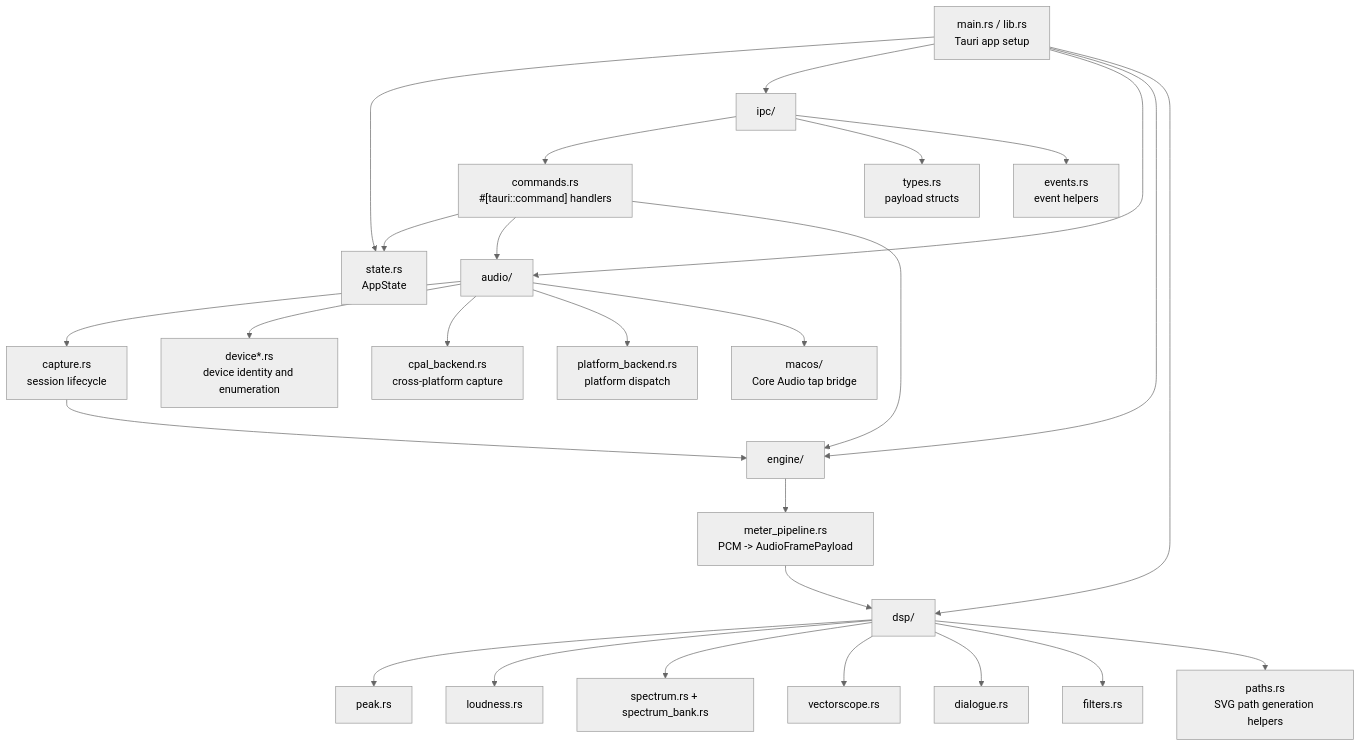
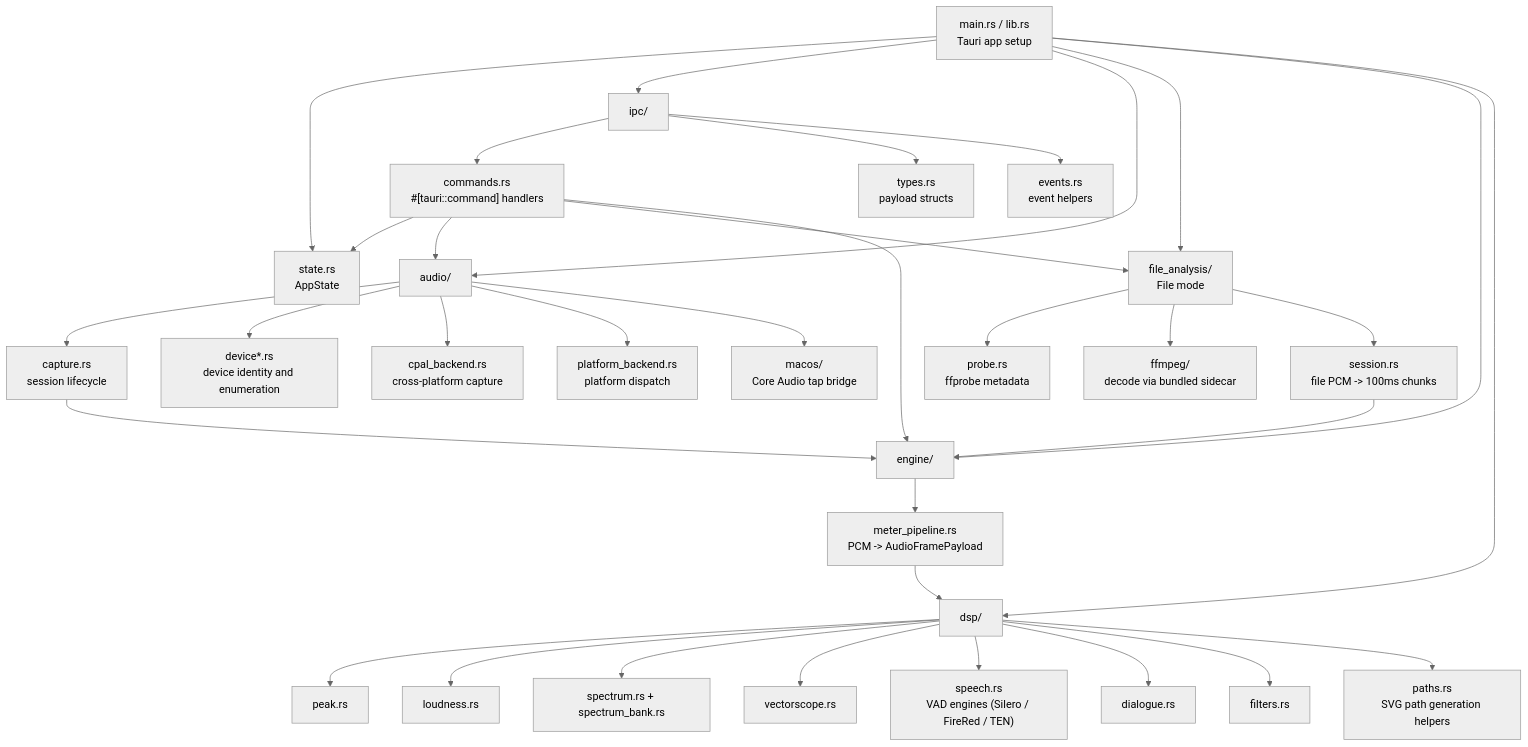
The diagram in docs/architecture-maps/rust-module-map.md (SounDoer/PLVS), drawn with Mermaid (neutral theme) before and after one commit. The commit also changed other lines of this file, not shown here.

Commit message:
docs(maps): add file_analysis and VAD modules to the Rust map
The Rust module map omitted File mode entirely. Add the file_analysis subtree (probe, ffmpeg decode, session chunking into the pipeline), the dsp/speech VAD engines node, a file-mode runtime note, and a useful-files entry.

````diff
--- a/docs/architecture-maps/rust-module-map.md
+++ b/docs/architecture-maps/rust-module-map.md
@@ -3,34 +3,42 @@
 ```mermaid
 flowchart TB
   Main["main.rs / lib.rs\nTauri app setup"] --> State["state.rs\nAppState"]
   Main --> IPC["ipc/"]
   Main --> Audio["audio/"]
+  Main --> FileAnalysis["file_analysis/\nFile mode"]
   Main --> Engine["engine/"]
   Main --> DSP["dsp/"]
 
   IPC --> Commands["commands.rs\n#[tauri::command] handlers"]
   IPC --> Types["types.rs\npayload structs"]
   IPC --> Events["events.rs\nevent helpers"]
 
   Commands --> State
   Commands --> Audio
+  Commands --> FileAnalysis
   Commands --> Engine
+
+  FileAnalysis --> Probe["probe.rs\nffprobe metadata"]
+  FileAnalysis --> Ffmpeg["ffmpeg/\ndecode via bundled sidecar"]
+  FileAnalysis --> Session["session.rs\nfile PCM -> 100ms chunks"]
+  Session --> Engine
 
   Audio --> Capture["capture.rs\nsession lifecycle"]
   Audio --> Device["device*.rs\ndevice identity and enumeration"]
   Audio --> Cpal["cpal_backend.rs\ncross-platform capture"]
   Audio --> Platform["platform_backend.rs\nplatform dispatch"]
   Audio --> Mac["macos/\nCore Audio tap bridge"]
 
   Capture --> Engine
   Engine --> Pipeline["meter_pipeline.rs\nPCM -> AudioFramePayload"]
   Pipeline --> DSP
 
   DSP --> Peak["peak.rs"]
   DSP --> Loudness["loudness.rs"]
   DSP --> Spectrum["spectrum.rs + spectrum_bank.rs"]
   DSP --> Vectorscope["vectorscope.rs"]
+  DSP --> Speech["speech.rs\nVAD engines (Silero / FireRed / TEN)"]
   DSP --> Dialogue["dialogue.rs"]
   DSP --> Filters["filters.rs"]
   DSP --> Paths["paths.rs\nSVG path generation helpers"]
 ```
````
